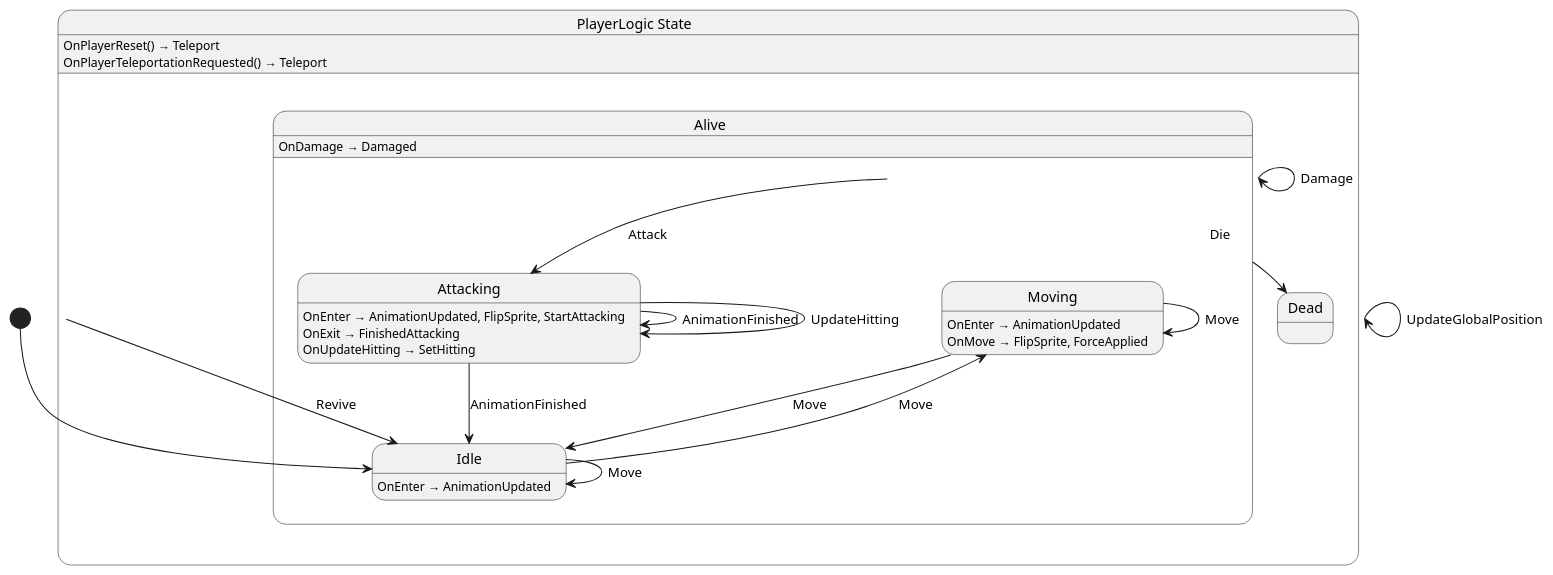
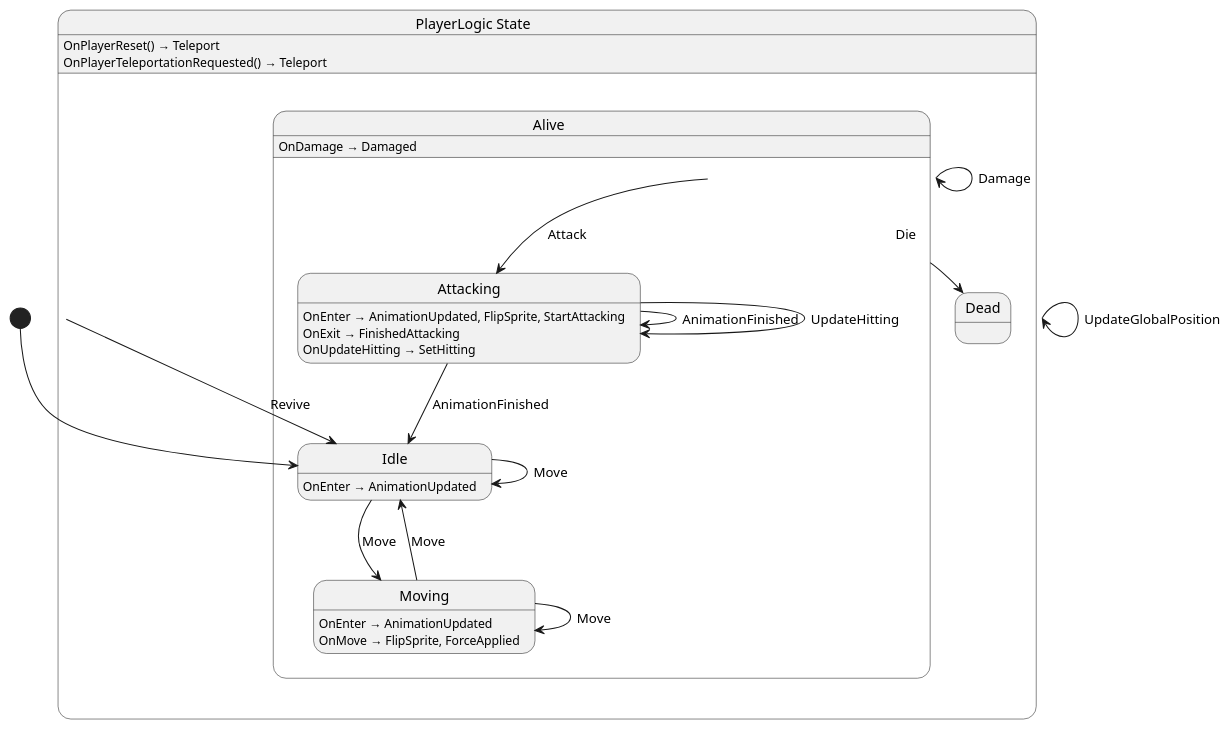
One commit to nilsiker/godot-wild-jam-77 changed the diagram in src/player/state/PlayerLogic.g.puml. Above: the diagram before and after it, drawn with PlantUML. The commit also changed other lines of this file and 7 other files, not shown here.

```diff
--- a/src/player/state/PlayerLogic.g.puml
+++ b/src/player/state/PlayerLogic.g.puml
@@ -1,35 +1,35 @@
 @startuml PlayerLogic
 state "PlayerLogic State" as Nevergreen_PlayerLogic_State {
   state "Alive" as Nevergreen_PlayerLogic_State_Alive {
-    state "Moving" as Nevergreen_PlayerLogic_State_Alive_Moving
     state "Attacking" as Nevergreen_PlayerLogic_State_Alive_Attacking
     state "Idle" as Nevergreen_PlayerLogic_State_Alive_Idle
+    state "Moving" as Nevergreen_PlayerLogic_State_Alive_Moving
   }
   state "Dead" as Nevergreen_PlayerLogic_State_Dead
 }
 
 Nevergreen_PlayerLogic_State --> Nevergreen_PlayerLogic_State : UpdateGlobalPosition
 Nevergreen_PlayerLogic_State --> Nevergreen_PlayerLogic_State_Alive_Idle : Revive
 Nevergreen_PlayerLogic_State_Alive --> Nevergreen_PlayerLogic_State_Alive : Damage
 Nevergreen_PlayerLogic_State_Alive --> Nevergreen_PlayerLogic_State_Alive_Attacking : Attack
 Nevergreen_PlayerLogic_State_Alive --> Nevergreen_PlayerLogic_State_Dead : Die
 Nevergreen_PlayerLogic_State_Alive_Attacking --> Nevergreen_PlayerLogic_State_Alive_Attacking : AnimationFinished
 Nevergreen_PlayerLogic_State_Alive_Attacking --> Nevergreen_PlayerLogic_State_Alive_Attacking : UpdateHitting
 Nevergreen_PlayerLogic_State_Alive_Attacking --> Nevergreen_PlayerLogic_State_Alive_Idle : AnimationFinished
 Nevergreen_PlayerLogic_State_Alive_Idle --> Nevergreen_PlayerLogic_State_Alive_Idle : Move
 Nevergreen_PlayerLogic_State_Alive_Idle --> Nevergreen_PlayerLogic_State_Alive_Moving : Move
 Nevergreen_PlayerLogic_State_Alive_Moving --> Nevergreen_PlayerLogic_State_Alive_Idle : Move
 Nevergreen_PlayerLogic_State_Alive_Moving --> Nevergreen_PlayerLogic_State_Alive_Moving : Move
 
 Nevergreen_PlayerLogic_State : OnPlayerReset() → Teleport
 Nevergreen_PlayerLogic_State : OnPlayerTeleportationRequested() → Teleport
 Nevergreen_PlayerLogic_State_Alive : OnDamage → Damaged
 Nevergreen_PlayerLogic_State_Alive_Attacking : OnEnter → AnimationUpdated, FlipSprite, StartAttacking
 Nevergreen_PlayerLogic_State_Alive_Attacking : OnExit → FinishedAttacking
 Nevergreen_PlayerLogic_State_Alive_Attacking : OnUpdateHitting → SetHitting
 Nevergreen_PlayerLogic_State_Alive_Idle : OnEnter → AnimationUpdated
 Nevergreen_PlayerLogic_State_Alive_Moving : OnEnter → AnimationUpdated
 Nevergreen_PlayerLogic_State_Alive_Moving : OnMove → FlipSprite, ForceApplied
 
 [*] --> Nevergreen_PlayerLogic_State_Alive_Idle
 @enduml
```
